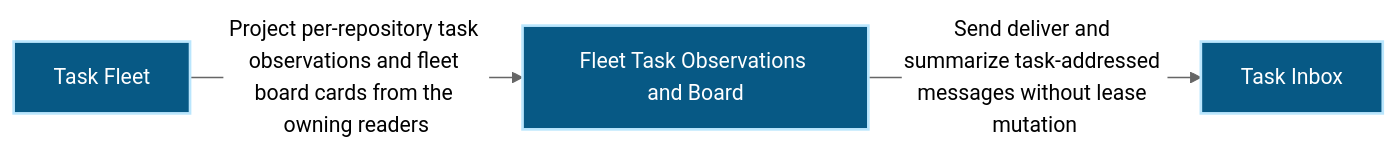
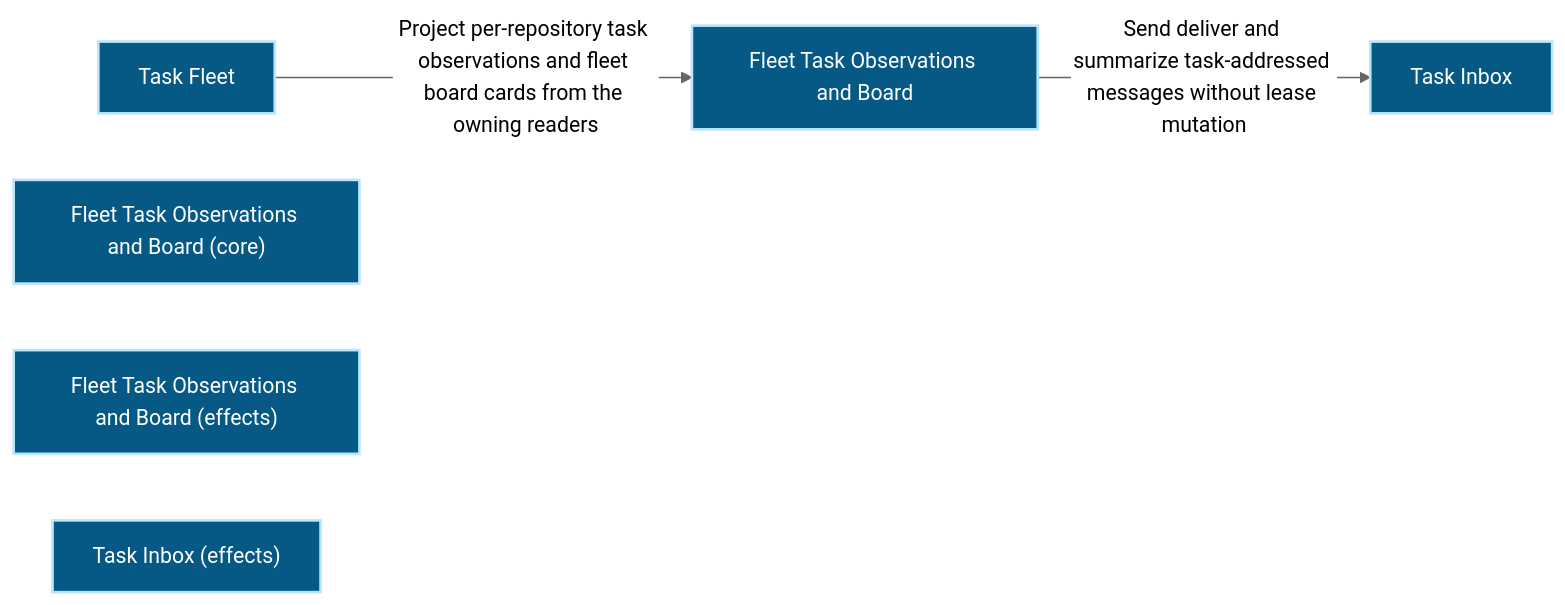
Before and after one commit to Ancienttwo/repo-harness: the first of 2 diagrams in docs/architecture/modules/organization/task-fleet.md, drawn with Mermaid (neutral theme). The commit also changed other lines of this file and 32 other files, not shown here.

First line of the commit message:
chore(projection): refresh generated architecture outputs for main@4c37d26d25c7

````diff
--- a/docs/architecture/modules/organization/task-fleet.md
+++ b/docs/architecture/modules/organization/task-fleet.md
@@ -16,12 +16,15 @@
 ```mermaid
 flowchart LR
   p1_capability_organization_task_fleet_134b5125["Task Fleet"]:::component
   p1_component_task_fleet_primary_77e10674["Fleet Task Observations and Board"]:::component
+  p1_component_task_fleet_primary_core_c17386da["Fleet Task Observations and Board (core)"]:::component
+  p1_component_task_fleet_primary_effects_7eda8367["Fleet Task Observations and Board (effects)"]:::component
   p1_component_task_fleet_task_inbox_b42db72f["Task Inbox"]:::component
+  p1_component_task_fleet_task_inbox_effects_52f45cf0["Task Inbox (effects)"]:::component
   p1_capability_organization_task_fleet_134b5125 -->|"Project per-repository task observations and fleet board cards from the owning readers"| p1_component_task_fleet_primary_77e10674
   p1_component_task_fleet_primary_77e10674 -->|"Send deliver and summarize task-addressed messages without lease mutation"| p1_component_task_fleet_task_inbox_b42db72f
   classDef actor fill:#111827,color:#ffffff,stroke:#f9fafb,stroke-width:2px
   classDef component fill:#075985,color:#ffffff,stroke:#bae6fd,stroke-width:2px
   classDef datastore fill:#3f6212,color:#ffffff,stroke:#d9f99d,stroke-width:2px
   classDef external fill:#7c2d12,color:#ffffff,stroke:#fed7aa,stroke-width:2px
 ```
````
